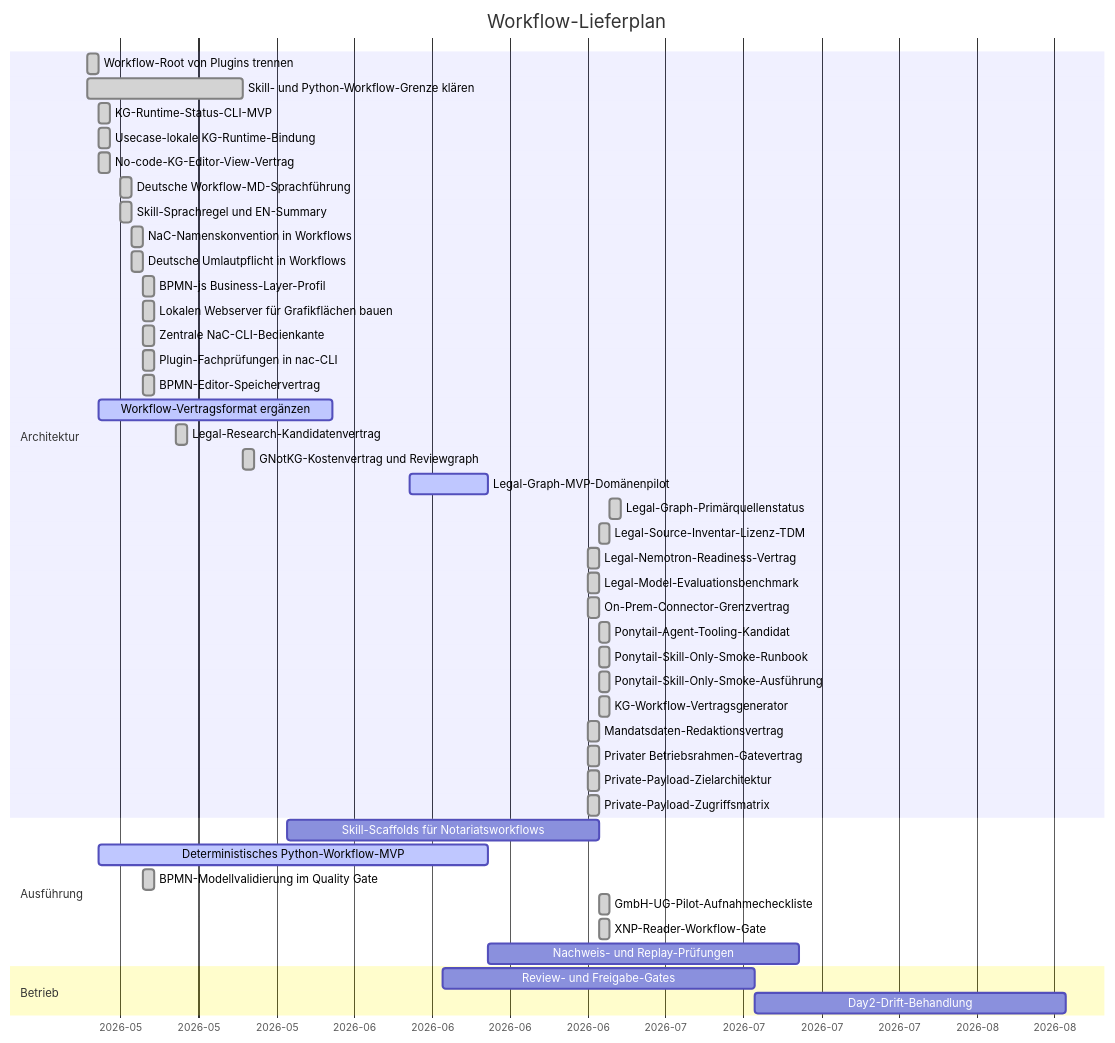
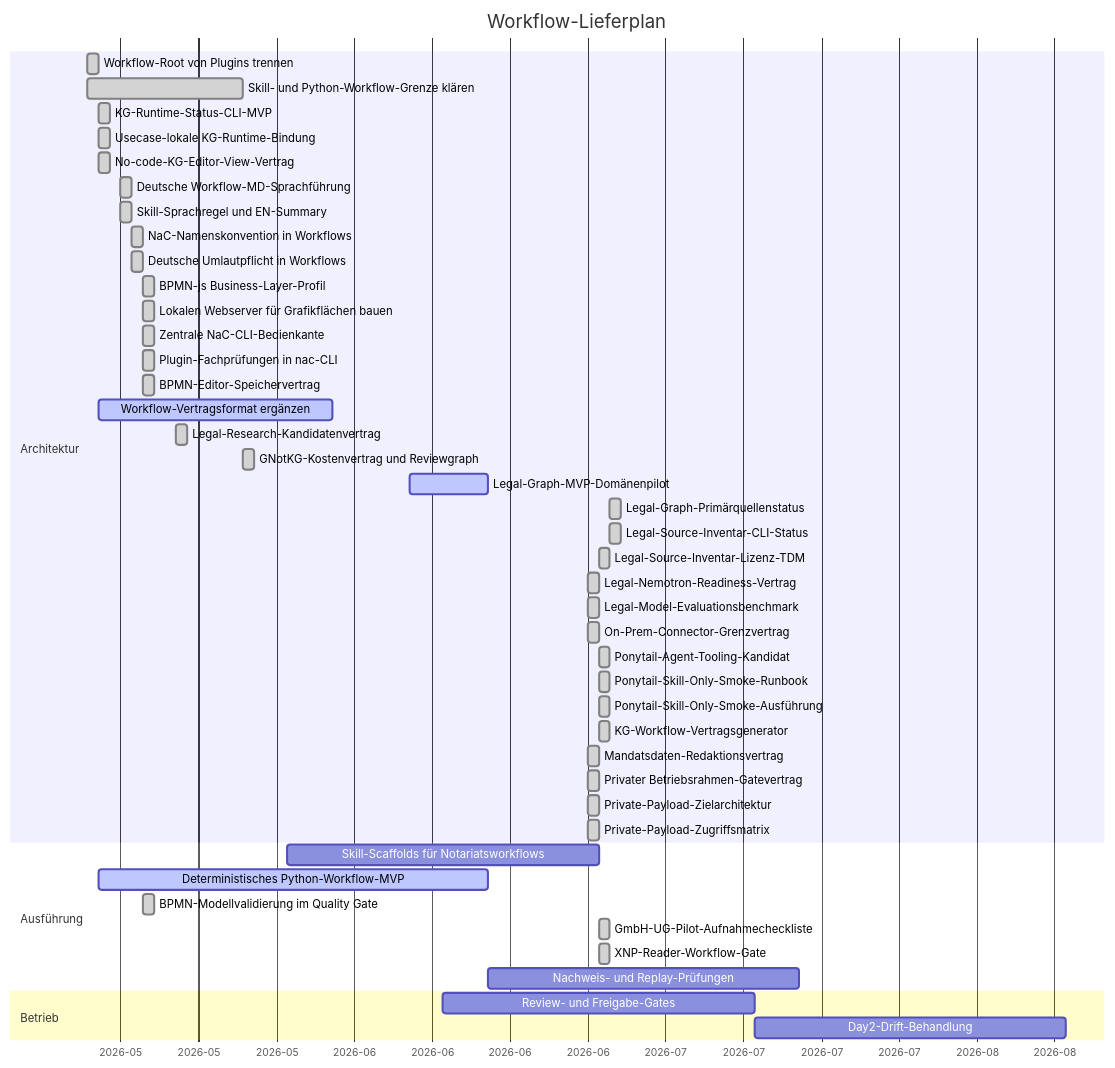
Before and after one commit to notariat8/NaC: the diagram in workflows/GANTT.md, drawn with Mermaid. The commit also changed other lines of this file and 10 other files, not shown here.

Commit message:
Add legal source inventory CLI status

````diff
--- a/workflows/GANTT.md
+++ b/workflows/GANTT.md
@@ -5,51 +5,52 @@
 ```mermaid
 gantt
     title Workflow-Lieferplan
     dateFormat  YYYY-MM-DD
     axisFormat  %Y-%m
 
     section Architektur
     Workflow-Root von Plugins trennen          :done,   w1, 2026-05-14, 1d
     Skill- und Python-Workflow-Grenze klären  :done,   w2, 2026-05-14, 14d
     KG-Runtime-Status-CLI-MVP                  :done,   w3, 2026-05-15, 1d
     Usecase-lokale KG-Runtime-Bindung          :done,   w3a, 2026-05-15, 1d
     No-code-KG-Editor-View-Vertrag             :done,   w4a, 2026-05-15, 1d
     Deutsche Workflow-MD-Sprachführung        :done,   w4b, 2026-05-17, 1d
     Skill-Sprachregel und EN-Summary            :done,   w4c, 2026-05-17, 1d
     NaC-Namenskonvention in Workflows           :done,   w4d, 2026-05-18, 1d
     Deutsche Umlautpflicht in Workflows         :done,   w4e, 2026-05-18, 1d
     BPMN-js Business-Layer-Profil               :done,   w4f, 2026-05-19, 1d
     Lokalen Webserver für Grafikflächen bauen  :done,   w4g, 2026-05-19, 1d
     Zentrale NaC-CLI-Bedienkante                :done,   w4h, 2026-05-19, 1d
     Plugin-Fachprüfungen in nac-CLI             :done,   w4i, 2026-05-19, 1d
     BPMN-Editor-Speichervertrag                 :done,   w4j, 2026-05-19, 1d
     Workflow-Vertragsformat ergänzen          :active, w4, 2026-05-15, 21d
     Legal-Research-Kandidatenvertrag           :done,   w4k, 2026-05-22, 1d
     GNotKG-Kostenvertrag und Reviewgraph        :done,   w4l, 2026-05-28, 1d
     Legal-Graph-MVP-Domänenpilot              :active, w4m, 2026-06-12, 7d
     Legal-Graph-Primärquellenstatus            :done,   w4z, 2026-06-30, 1d
+    Legal-Source-Inventar-CLI-Status           :done,   w4aa, 2026-06-30, 1d
     Legal-Source-Inventar-Lizenz-TDM           :done,   w4u, 2026-06-29, 1d
     Legal-Nemotron-Readiness-Vertrag            :done,   w4s, 2026-06-28, 1d
     Legal-Model-Evaluationsbenchmark           :done,   w4t, 2026-06-28, 1d
     On-Prem-Connector-Grenzvertrag            :done,   w4n, 2026-06-28, 1d
     Ponytail-Agent-Tooling-Kandidat            :done,   w4v, 2026-06-29, 1d
     Ponytail-Skill-Only-Smoke-Runbook          :done,   w4w, 2026-06-29, 1d
     Ponytail-Skill-Only-Smoke-Ausführung       :done,   w4x, 2026-06-29, 1d
     KG-Workflow-Vertragsgenerator              :done,   w4y, 2026-06-29, 1d
     Mandatsdaten-Redaktionsvertrag             :done,   w4o, 2026-06-28, 1d
     Privater Betriebsrahmen-Gatevertrag        :done,   w4p, 2026-06-28, 1d
     Private-Payload-Zielarchitektur            :done,   w4q, 2026-06-28, 1d
     Private-Payload-Zugriffsmatrix             :done,   w4r, 2026-06-28, 1d
 
     section Ausführung
     Skill-Scaffolds für Notariatsworkflows    :        w5, 2026-06-01, 28d
     Deterministisches Python-Workflow-MVP      :active, w6, 2026-05-15, 35d
     BPMN-Modellvalidierung im Quality Gate      :done,   w6a, 2026-05-19, 1d
     GmbH-UG-Pilot-Aufnahmecheckliste           :done,   w6b, 2026-06-29, 1d
     XNP-Reader-Workflow-Gate                   :done,   w6c, 2026-06-29, 1d
     Nachweis- und Replay-Prüfungen            :        w7, after w6, 28d
 
     section Betrieb
     Review- und Freigabe-Gates                 :        w8, 2026-06-15, 28d
     Day2-Drift-Behandlung                      :        w9, after w8, 28d
 ```
````
